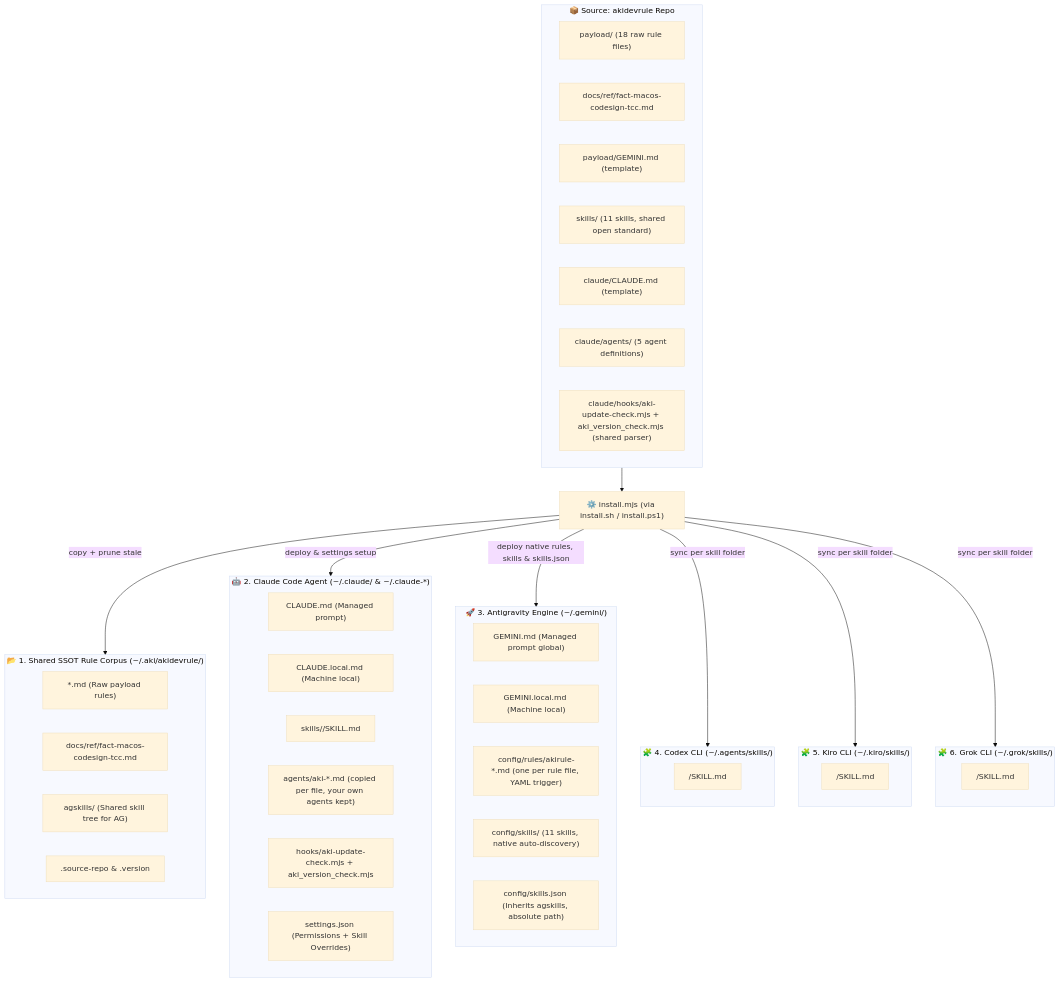
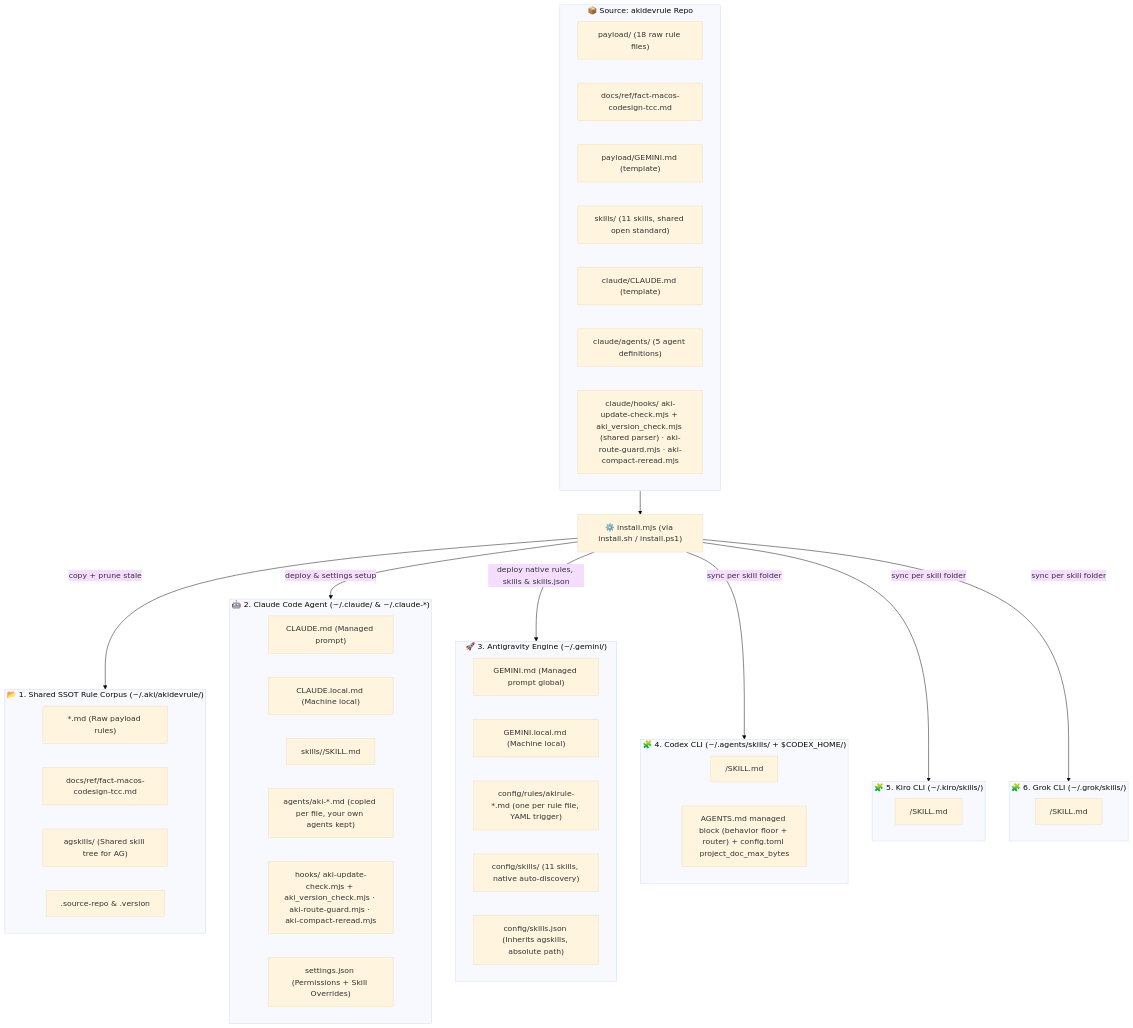
The diagram in README.md (lacvietanh/akidevrule), drawn with Mermaid (base theme) before and after one commit. The commit also changed other lines of this file and 13 other files, not shown here.

First line of the commit message:
feat(delivery): compaction-aware route gate, test route, Codex managed block

````diff
--- a/README.md
+++ b/README.md
@@ -251,60 +256,61 @@
 ```mermaid
 flowchart TD
     subgraph SRC["📦 Source: akidevrule Repo"]
         PAYLOAD["payload/ (18 raw rule files)"]
         TCCREF["docs/ref/fact-macos-codesign-tcc.md"]
         PGEMINI["payload/GEMINI.md (template)"]
         CSKILLS["skills/ (11 skills, shared open standard)"]
         CCLAUDE["claude/CLAUDE.md (template)"]
         CAGENTS["claude/agents/ (5 agent definitions)"]
-        CHOOKS["claude/hooks/aki-update-check.mjs + aki_version_check.mjs (shared parser)"]
+        CHOOKS["claude/hooks/ aki-update-check.mjs + aki_version_check.mjs (shared parser) · aki-route-guard.mjs · aki-compact-reread.mjs"]
     end
 
     INSTALL["⚙️ install.mjs (via install.sh / install.ps1)"]
     SRC --> INSTALL
 
     %% TARGET 1: ~/.aki/akidevrule/
     subgraph T1["📂 1. Shared SSOT Rule Corpus (~/.aki/akidevrule/)"]
         R_CORPUS["*.md (Raw payload rules)"]
         R_TCC["docs/ref/fact-macos-codesign-tcc.md"]
         R_AGSKILLS["agskills/ (Shared skill tree for AG)"]
         R_META[".source-repo & .version"]
     end
 
     %% TARGET 2: ~/.claude/ and ~/.claude-*
     subgraph T2["🤖 2. Claude Code Agent (~/.claude/ & ~/.claude-*)"]
         C_MD["CLAUDE.md (Managed prompt)"]
         C_LOCAL["CLAUDE.local.md (Machine local)"]
         C_SKILLS["skills/<skill_name>/SKILL.md"]
         C_AGENTS["agents/aki-*.md (copied per file, your own agents kept)"]
-        C_HOOKS["hooks/aki-update-check.mjs + aki_version_check.mjs"]
+        C_HOOKS["hooks/ aki-update-check.mjs + aki_version_check.mjs · aki-route-guard.mjs · aki-compact-reread.mjs"]
         C_SET["settings.json (Permissions + Skill Overrides)"]
     end
 
     %% TARGET 3: ~/.gemini/
     subgraph T3["🚀 3. Antigravity Engine (~/.gemini/)"]
         G_MD["GEMINI.md (Managed prompt global)"]
         G_LOCAL["GEMINI.local.md (Machine local)"]
         G_RULES["config/rules/akirule-*.md (one per rule file, YAML trigger)"]
         G_SKILLS["config/skills/ (11 skills, native auto-discovery)"]
         G_SJSON["config/skills.json (Inherits agskills, absolute path)"]
     end
 
     %% TARGETS 4-6: other CLIs that natively consume the SKILL.md standard
-    subgraph T4["🧩 4. Codex CLI (~/.agents/skills/)"]
+    subgraph T4["🧩 4. Codex CLI (~/.agents/skills/ + $CODEX_HOME/)"]
         X_SKILLS["<skill_name>/SKILL.md"]
+        X_AGENTS["AGENTS.md managed block (behavior floor + router) + config.toml project_doc_max_bytes"]
     end
     subgraph T5["🧩 5. Kiro CLI (~/.kiro/skills/)"]
         K_SKILLS["<skill_name>/SKILL.md"]
     end
     subgraph T6["🧩 6. Grok CLI (~/.grok/skills/)"]
         R_SKILLS["<skill_name>/SKILL.md"]
     end
 
     INSTALL -->|"copy + prune stale"| T1
     INSTALL -->|"deploy & settings setup"| T2
     INSTALL -->|"deploy native rules, skills & skills.json"| T3
     INSTALL -->|"sync per skill folder"| T4
     INSTALL -->|"sync per skill folder"| T5
     INSTALL -->|"sync per skill folder"| T6
 ```
````
